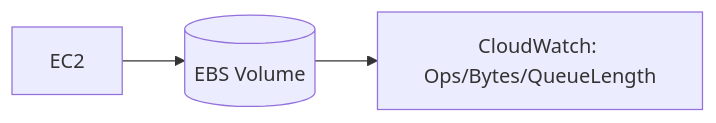
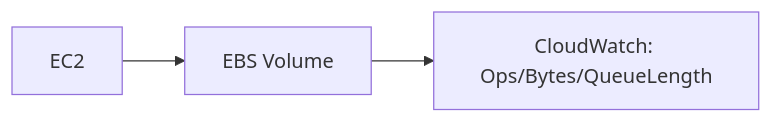
One commit to niceguy61/aws-saa-lecture-2026 changed the diagram in aws-saa/week03-domain03-high-performing-architectures/day03/01-theory.md. Above: the diagram before and after it, drawn with Mermaid. The commit also changed other lines of this file and 11 other files, not shown here.

Commit message:
Harden mermaid diagrams for GitHub rendering

````diff
--- a/aws-saa/week03-domain03-high-performing-architectures/day03/01-theory.md
+++ b/aws-saa/week03-domain03-high-performing-architectures/day03/01-theory.md
@@ -19,5 +19,5 @@
 ```mermaid
 flowchart LR
-  EC2[EC2] --> EBS[(EBS Volume)]
+  EC2[EC2] --> EBS[EBS Volume]
   EBS --> CW[CloudWatch: Ops/Bytes/QueueLength]
 ```
````
